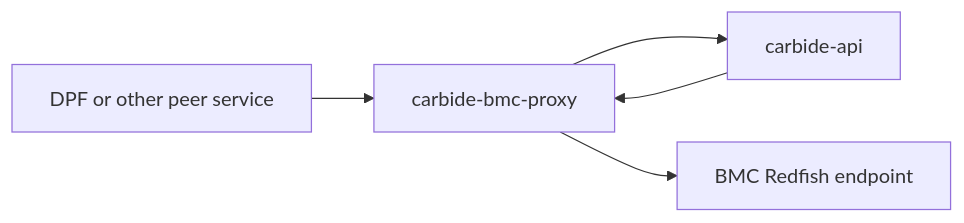
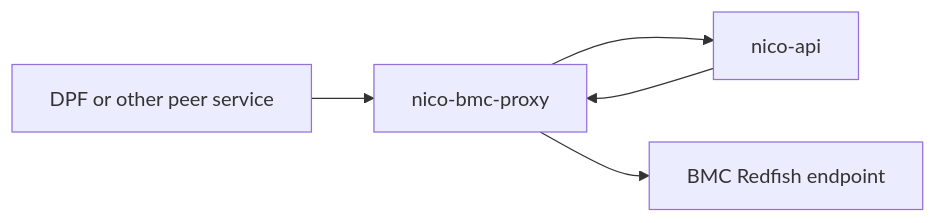
The first of 3 diagrams in crates/bmc-proxy/README.md (NVIDIA/infra-controller), drawn with Mermaid before and after one commit. The commit also changed other lines of this file and 89 other files, not shown here.

````diff
--- a/crates/bmc-proxy/README.md
+++ b/crates/bmc-proxy/README.md
@@ -161,12 +161,12 @@
 ```mermaid
 flowchart LR
     DPF[DPF or other peer service]
-    Carbide[carbide-api]
-    Proxy[carbide-bmc-proxy]
+    NICo[nico-api]
+    Proxy[nico-bmc-proxy]
     BMC[BMC Redfish endpoint]
 
     DPF --> Proxy
-    Carbide --> Proxy
-    Proxy --> Carbide
+    NICo --> Proxy
+    Proxy --> NICo
     Proxy --> BMC
 ```
````
